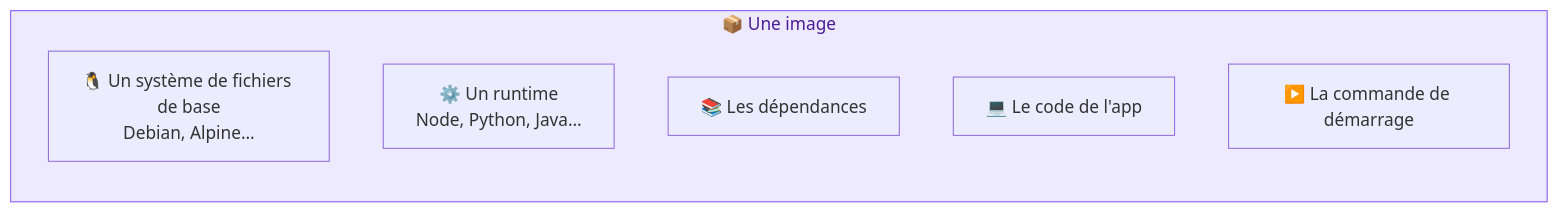
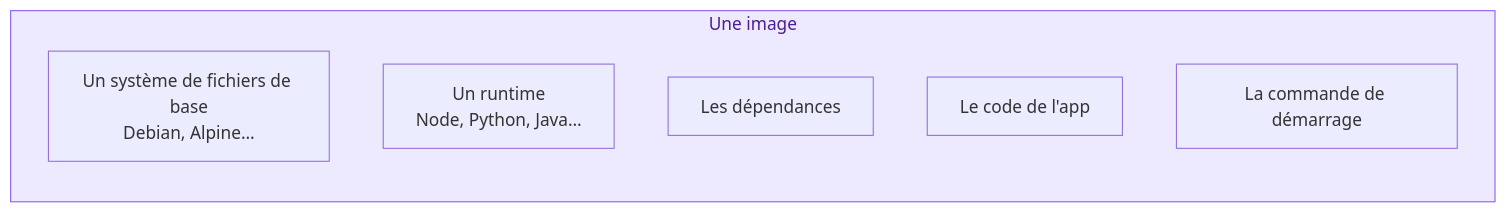
The first of 6 diagrams in methodologie-securite-it/docker/03-images.md (GoobyWoobies/HEIA-IT), drawn with Mermaid before and after one commit. The commit also changed other lines of this file and 24 other files, not shown here.

````diff
--- a/methodologie-securite-it/docker/03-images.md
+++ b/methodologie-securite-it/docker/03-images.md
@@ -30,13 +30,13 @@
 ```mermaid
 flowchart LR
-    subgraph IMG["📦 Une image"]
+    subgraph IMG["Une image"]
         direction TB
-        OS["🐧 Un système de fichiers de base<br/>Debian, Alpine…"]
-        RT["⚙️ Un runtime<br/>Node, Python, Java…"]
-        DEP["📚 Les dépendances"]
-        APP["💻 Le code de l'app"]
-        CMD["▶️ La commande de démarrage"]
+        OS["Un système de fichiers de base<br/>Debian, Alpine…"]
+        RT["Un runtime<br/>Node, Python, Java…"]
+        DEP["Les dépendances"]
+        APP["Le code de l'app"]
+        CMD["La commande de démarrage"]
     end
 
     style IMG fill:#ede9fe,stroke:#8b5cf6,color:#4c1d95
 ```
````
